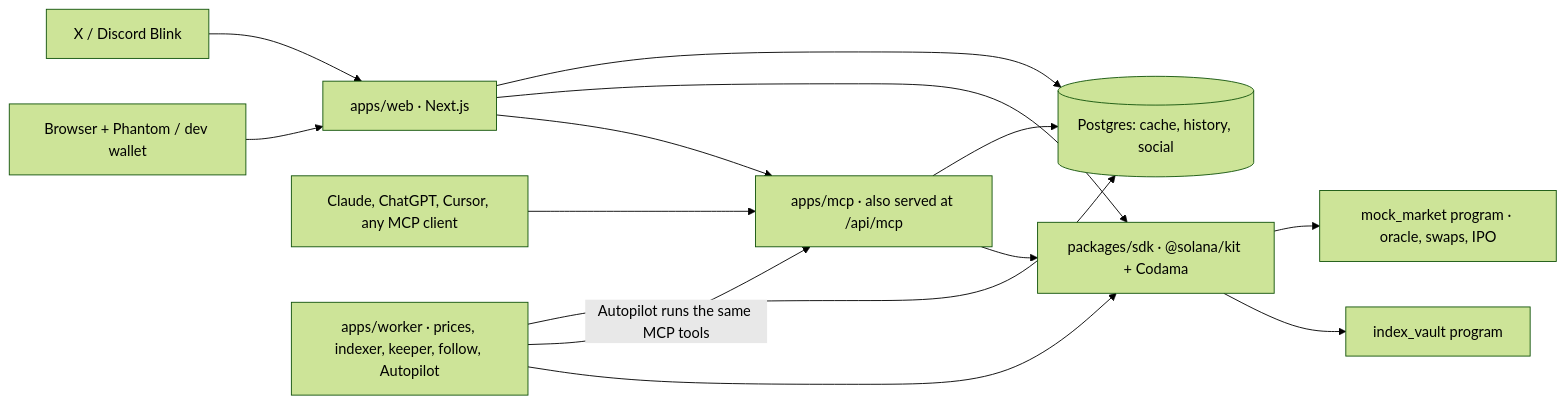
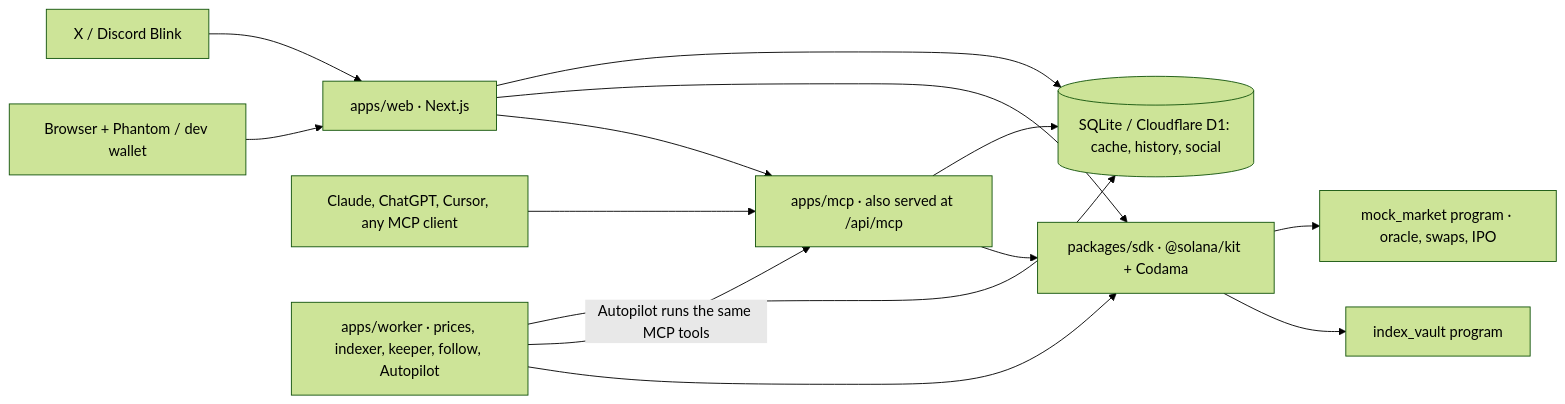
The diagram in README.md (SkyRizzAI/stockbreak), drawn with Mermaid (forest theme) before and after one commit. The commit also changed other lines of this file and 53 other files, not shown here.

````diff
--- a/README.md
+++ b/README.md
@@ -44,14 +44,14 @@
 ```mermaid
 flowchart LR
   U[Browser + Phantom / dev wallet] --> W[apps/web · Next.js]
   X[X / Discord Blink] --> W
   A[Claude, ChatGPT, Cursor, any MCP client] --> M[apps/mcp · also served at /api/mcp]
   W --> M
   W --> S[packages/sdk · @solana/kit + Codama]
   M --> S
   K[apps/worker · prices, indexer, keeper, follow, Autopilot] --> S
   K -- Autopilot runs the same MCP tools --> M
   S --> IV[index_vault program]
   S --> MM[mock_market program · oracle, swaps, IPO]
-  W & M & K --> DB[(Postgres: cache, history, social)]
+  W & M & K --> DB[(SQLite / Cloudflare D1: cache, history, social)]
 ```
````
